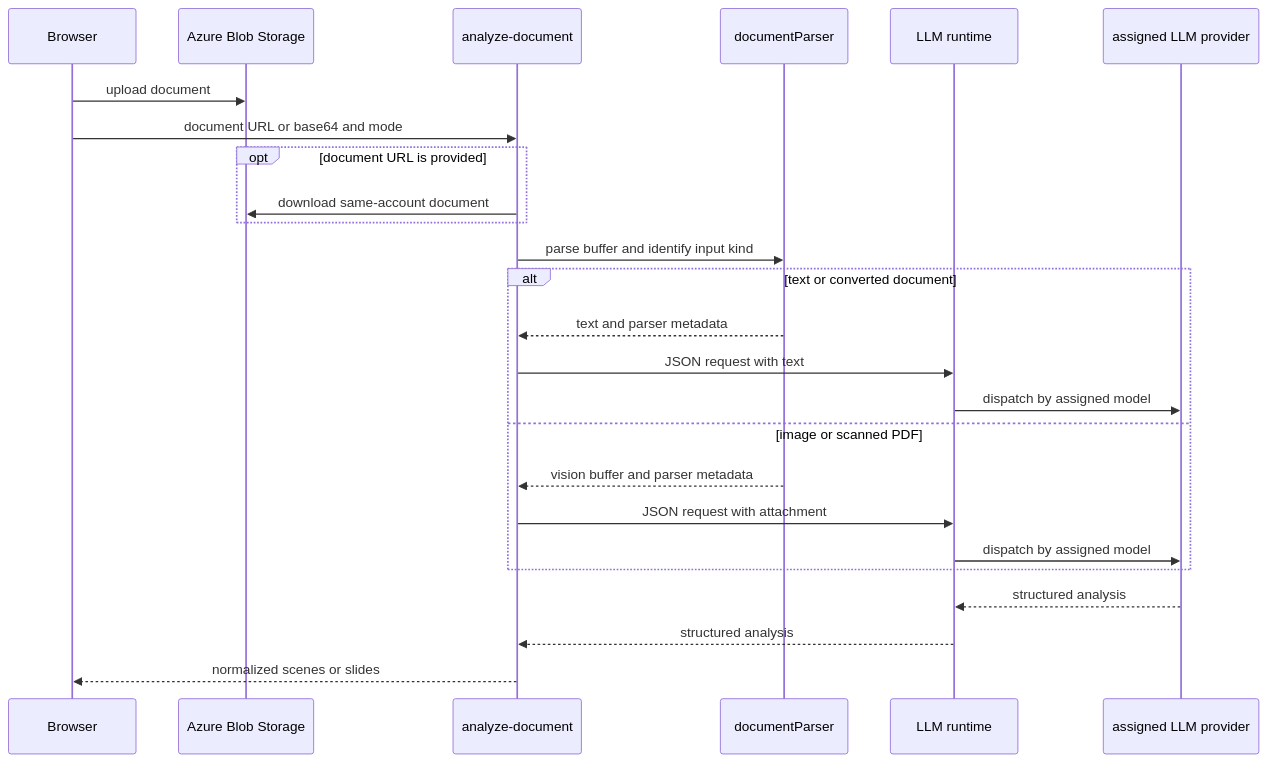
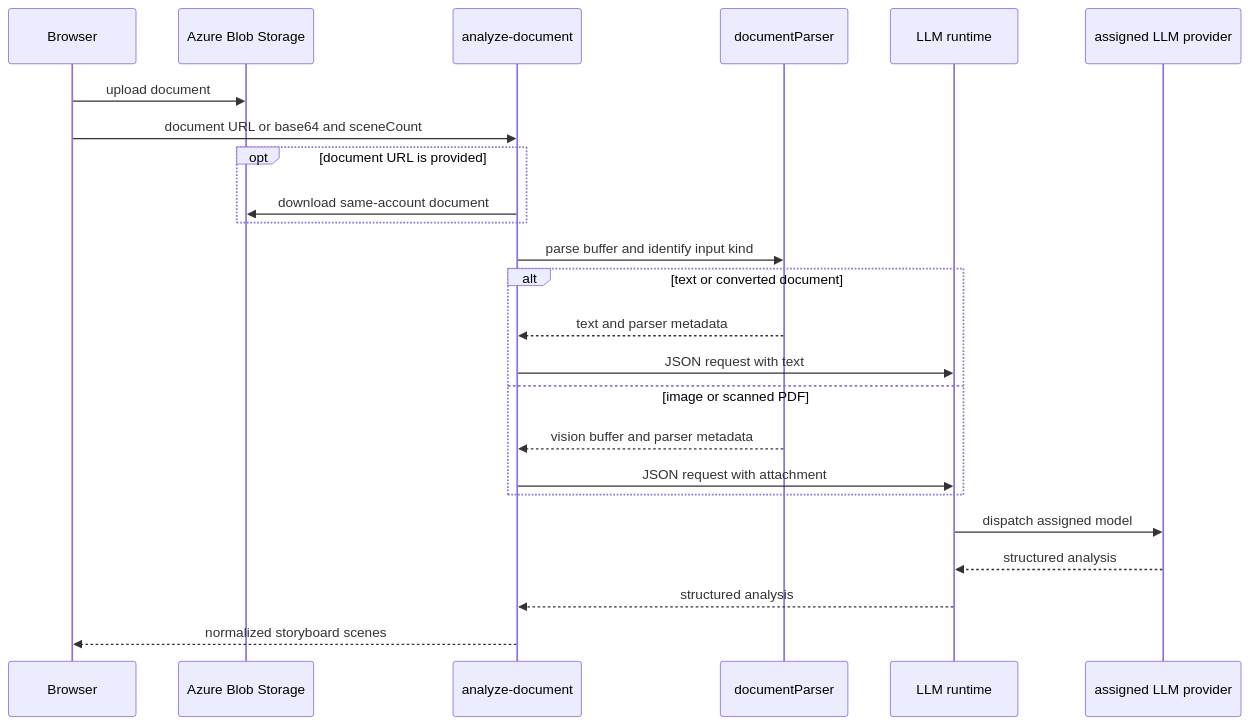
Before and after one commit to tony30552001/Genpic-master: the first of 2 diagrams in openwiki/backend/ai-generation.md, drawn with Mermaid. The commit also changed other lines of this file and 34 other files, not shown here.

````diff
--- a/openwiki/backend/ai-generation.md
+++ b/openwiki/backend/ai-generation.md
@@ -48,27 +42,26 @@
 ```mermaid
 sequenceDiagram
   participant Browser
   participant Blob as Azure Blob Storage
   participant Handler as analyze-document
   participant Parser as documentParser
   participant Runtime as LLM runtime
   participant Provider as assigned LLM provider
   Browser->>Blob: upload document
-  Browser->>Handler: document URL or base64 and mode
+  Browser->>Handler: document URL or base64 and sceneCount
   opt document URL is provided
     Handler->>Blob: download same-account document
   end
   Handler->>Parser: parse buffer and identify input kind
   alt text or converted document
     Parser-->>Handler: text and parser metadata
     Handler->>Runtime: JSON request with text
-    Runtime->>Provider: dispatch by assigned model
   else image or scanned PDF
     Parser-->>Handler: vision buffer and parser metadata
     Handler->>Runtime: JSON request with attachment
-    Runtime->>Provider: dispatch by assigned model
   end
+  Runtime->>Provider: dispatch assigned model
   Provider-->>Runtime: structured analysis
   Runtime-->>Handler: structured analysis
-  Handler-->>Browser: normalized scenes or slides
+  Handler-->>Browser: normalized storyboard scenes
 ```
````
